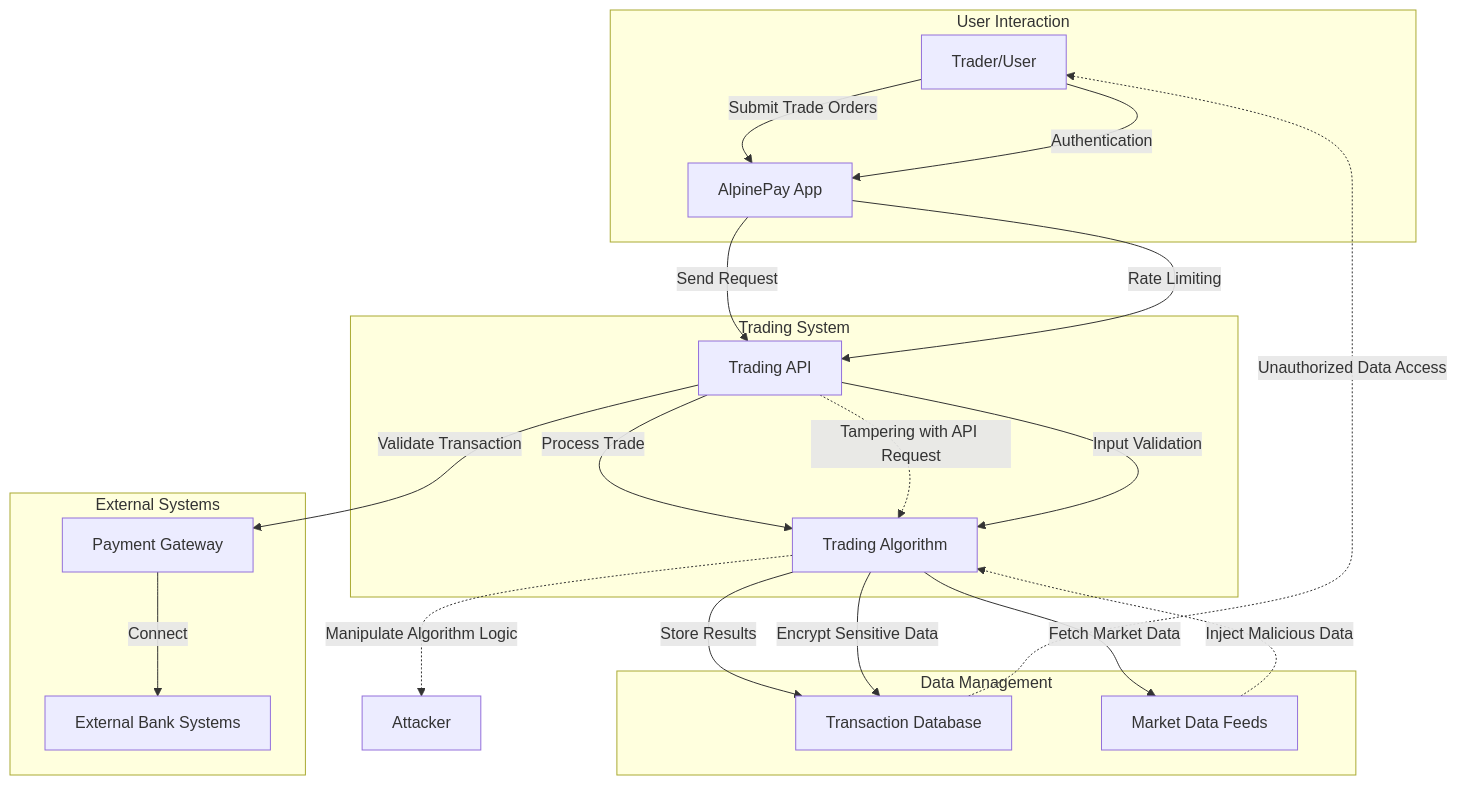
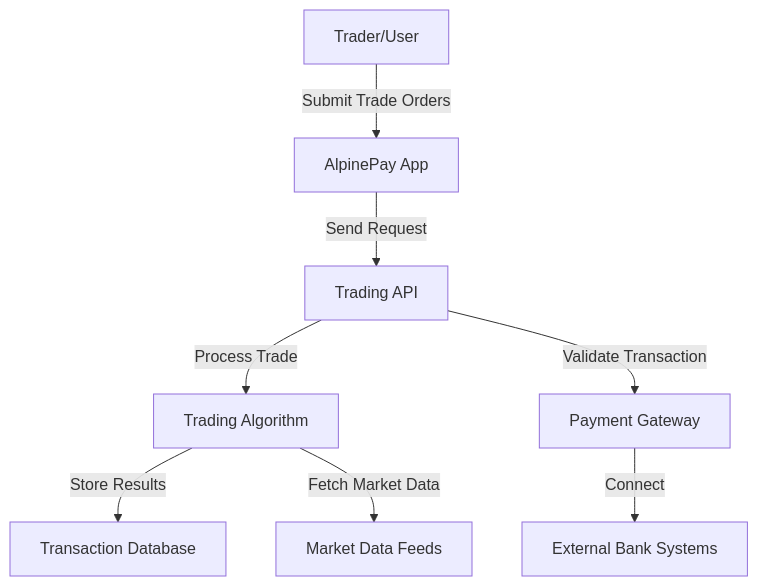
Before and after one commit to gocko1004/Thread_Modeling_Workshop_AlpinePayApp: the diagram in Scenario 2/Data Flow Diagram.md, drawn with Mermaid.

````diff
--- a/Scenario 2/Data Flow Diagram.md
+++ b/Scenario 2/Data Flow Diagram.md
@@ -1,33 +1,10 @@
 ```mermaid
 flowchart TD
-    subgraph "User Interaction"
-        User[Trader/User] -->|Submit Trade Orders| App[AlpinePay App]
-    end
-
-    subgraph "Trading System"
-        App -->|Send Request| API[Trading API]
-        API -->|Process Trade| Algo[Trading Algorithm]
-    end
-
-    subgraph "Data Management"
-        Algo -->|Store Results| DB[Transaction Database]
-        Algo -->|Fetch Market Data| Market[Market Data Feeds]
-    end
-
-    subgraph "External Systems"
-        API -->|Validate Transaction| Gateway[Payment Gateway]
-        Gateway -->|Connect| Bank[External Bank Systems]
-    end
-
-    %% Threat Points
-    API -.->|Tampering with API Request| Algo
-    Market -.->|Inject Malicious Data| Algo
-    DB -.->|Unauthorized Data Access| User
-    Algo -.->|Manipulate Algorithm Logic| Attacker
-
-    %% Controls
-    Algo -->|Encrypt Sensitive Data| DB
-    API -->|Input Validation| Algo
-    User -->|Authentication| App
-    App -->|Rate Limiting| API
+    User[Trader/User] -->|Submit Trade Orders| App[AlpinePay App]
+    App -->|Send Request| API[Trading API]
+    API -->|Process Trade| Algo[Trading Algorithm]
+    Algo -->|Store Results| DB[Transaction Database]
+    Algo -->|Fetch Market Data| Market[Market Data Feeds]
+    API -->|Validate Transaction| Gateway[Payment Gateway]
+    Gateway -->|Connect| Bank[External Bank Systems]
 ```
````
